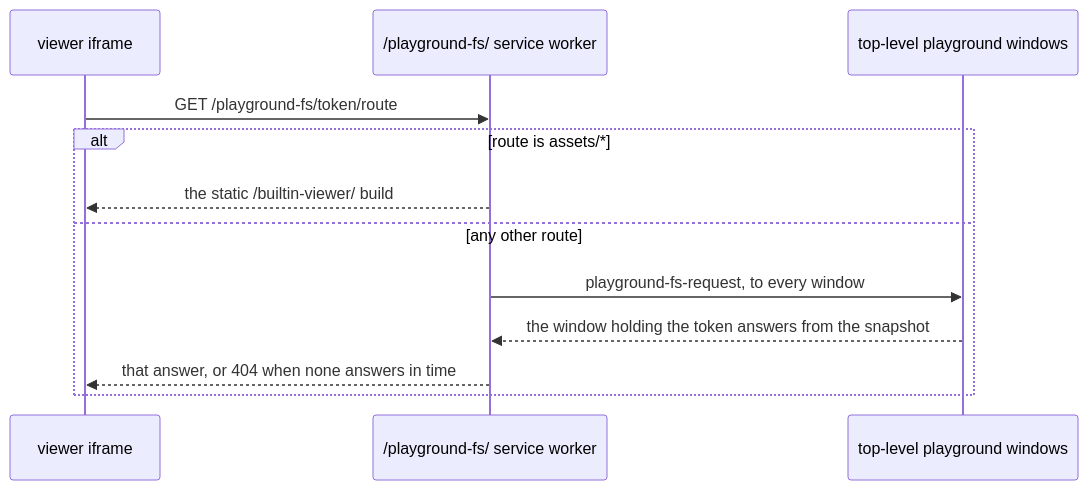
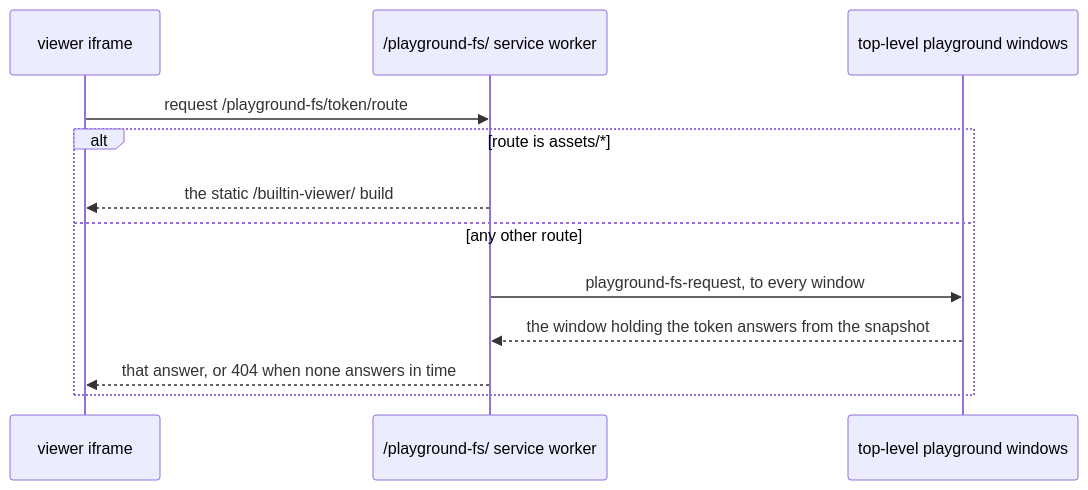
The diagram in docs/specs/tutorial.md (diffplug/dormouse), drawn with Mermaid before and after one commit.

Commit message:
tutorial: review fixes to the viewer relay diagram
- The worker relays POST too: "GET" -> "request" (fixes ad7727a6f).

````diff
--- a/docs/specs/tutorial.md
+++ b/docs/specs/tutorial.md
@@ -101,14 +101,14 @@
 ```mermaid
 sequenceDiagram
   participant F as viewer iframe
   participant SW as /playground-fs/ service worker
   participant P as top-level playground windows
-  F->>SW: GET /playground-fs/token/route
+  F->>SW: request /playground-fs/token/route
   alt route is assets/*
     SW-->>F: the static /builtin-viewer/ build
   else any other route
     SW->>P: playground-fs-request, to every window
     P-->>SW: the window holding the token answers from the snapshot
     SW-->>F: that answer, or 404 when none answers in time
   end
 ```
````
